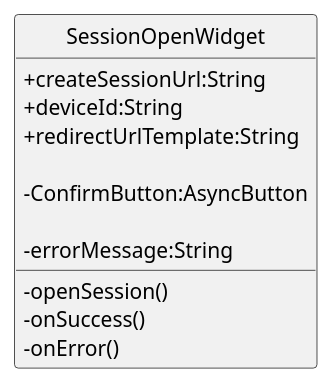
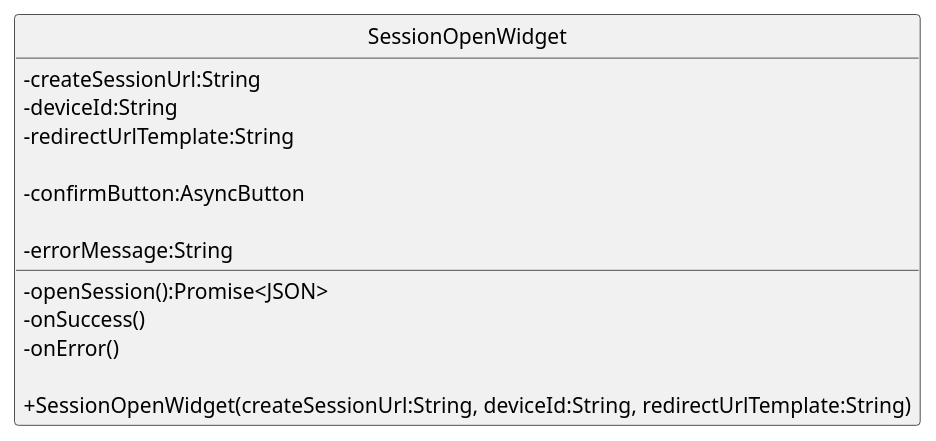
One commit to GroupRubberDuck/Documentazione changed the diagram in src/PB/DocumentazioneEsterna/Specifica_Tecnica/content/05-diagrammi-classi/uml/puml/Frontend/widget/SessionOpenWidget.puml. Above: the diagram before and after it, drawn with PlantUML. The commit also changed 45 other files, not shown here.

```diff
--- a/src/PB/DocumentazioneEsterna/Specifica_Tecnica/content/05-diagrammi-classi/uml/puml/Frontend/widget/SessionOpenWidget.puml
+++ b/src/PB/DocumentazioneEsterna/Specifica_Tecnica/content/05-diagrammi-classi/uml/puml/Frontend/widget/SessionOpenWidget.puml
@@ -1,25 +1,25 @@
 @startuml
 skinparam linetype ortho
 skinparam nodesep 80
 skinparam ranksep 100
 skinparam classAttributeIconSize 0
 skinparam packageStyle rectangle
 skinparam style strictuml
 
 class SessionOpenWidget{
-        + createSessionUrl:String
-        + deviceId:String
-        + redirectUrlTemplate:String
+        - createSessionUrl:String
+        - deviceId:String
+        - redirectUrlTemplate:String
 
-        -ConfirmButton:AsyncButton
+        -confirmButton:AsyncButton
 
         - errorMessage:String
-        -openSession()
+        -openSession():Promise<JSON>
         -onSuccess()
         -onError()
 
-
+        + SessionOpenWidget(createSessionUrl:String, deviceId:String, redirectUrlTemplate:String)
 }
 
 
 @enduml
```
